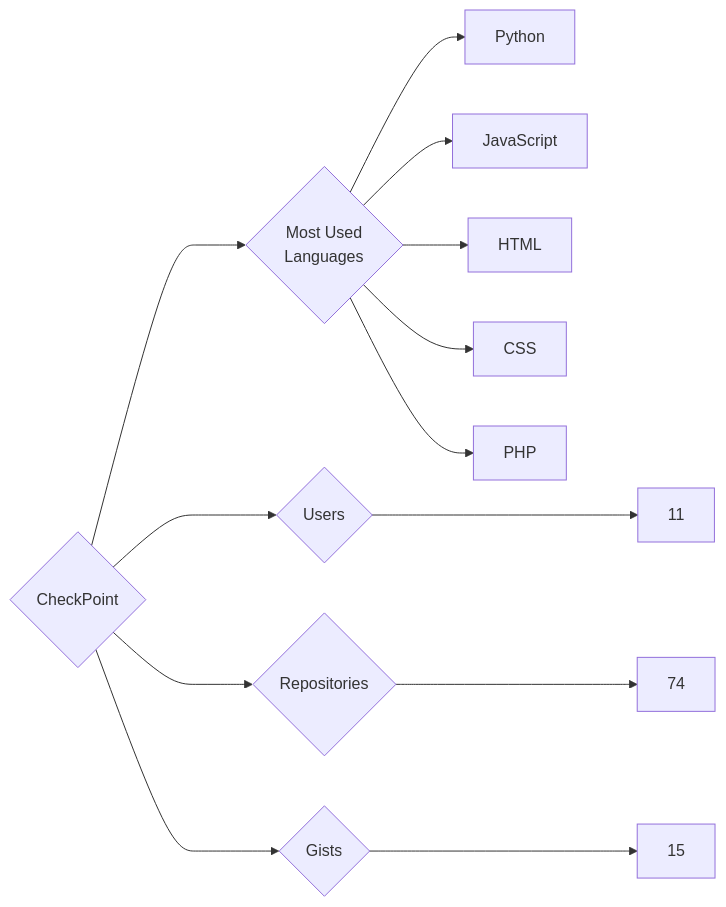
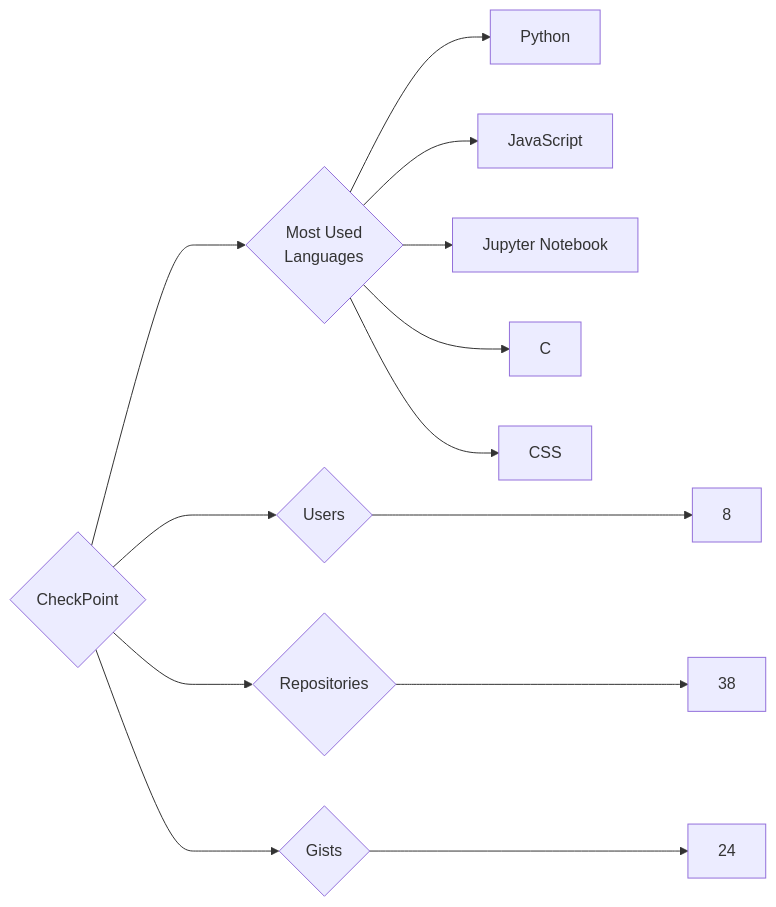
One commit to trickest/insiders changed the diagram in targets/CheckPoint/README.md. Above: the diagram before and after it, drawn with Mermaid. The commit also changed 1123 other files, not shown here.

````diff
--- a/targets/CheckPoint/README.md
+++ b/targets/CheckPoint/README.md
@@ -3,13 +3,13 @@
 ```mermaid
 graph LR
 COMPANY_NAME{CheckPoint}
-COMPANY_NAME ---> U{Users} ---> UN[11]
-COMPANY_NAME ---> R{Repositories} ---> RN[74]
-COMPANY_NAME ---> G{Gists} ---> GN[15]
+COMPANY_NAME ---> U{Users} ---> UN[8]
+COMPANY_NAME ---> R{Repositories} ---> RN[38]
+COMPANY_NAME ---> G{Gists} ---> GN[24]
 COMPANY_NAME ---> ML{Most Used<br>Languages}
 ML --> Python[Python]
 ML --> JavaScript[JavaScript]
-ML --> HTML[HTML]
+ML --> Jupyter_Notebook[Jupyter Notebook]
+ML --> C[C]
 ML --> CSS[CSS]
-ML --> PHP[PHP]
 ```
````
